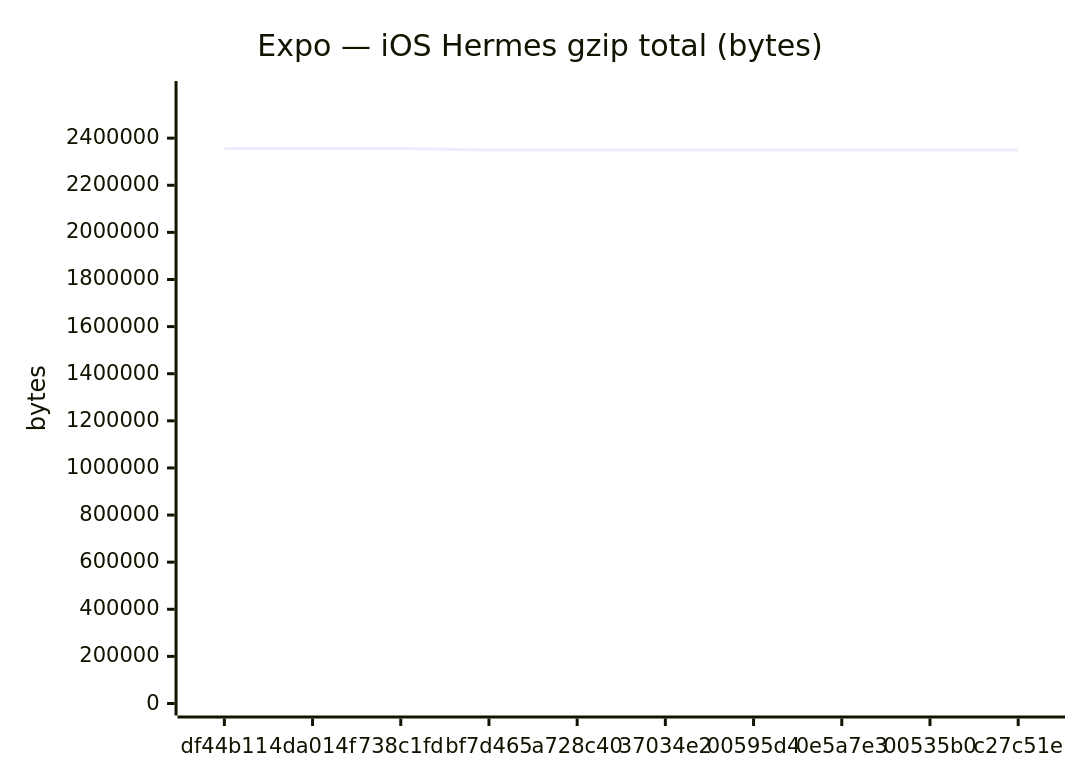
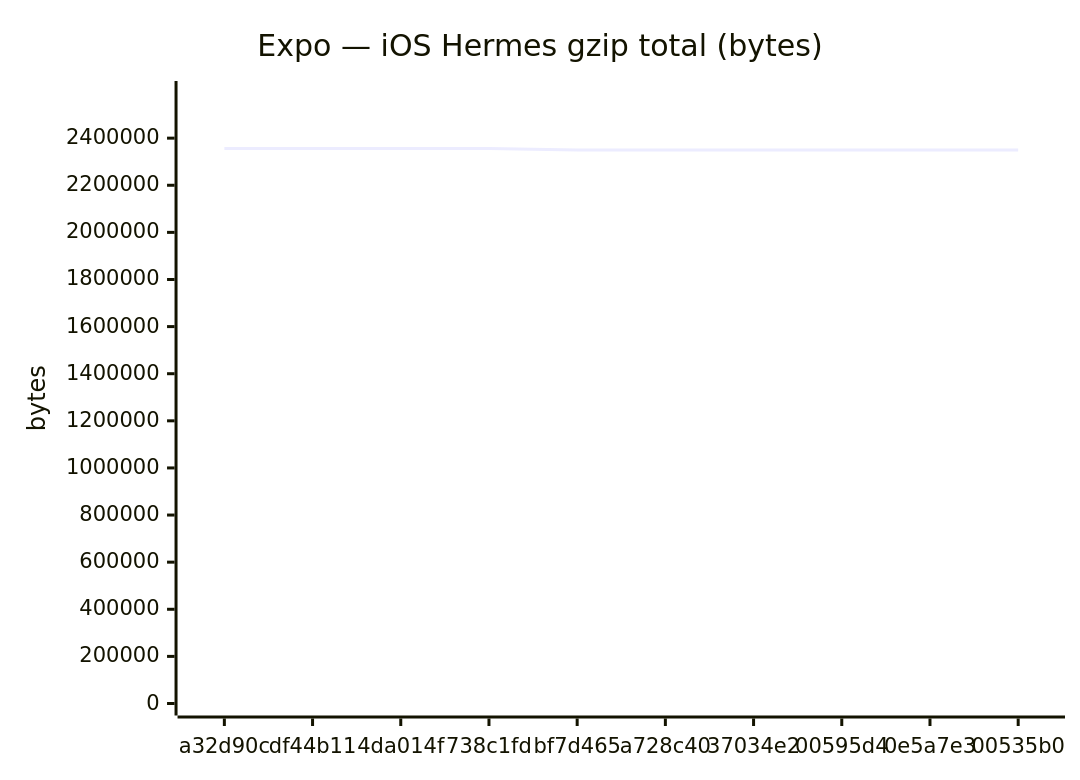
Before and after one commit to Metaheurist/Rianell: the eighth of 24 diagrams in benchmarks/compare.md, drawn with Mermaid. The commit also changed other lines of this file and 12 other files, not shown here.

````diff
--- a/benchmarks/compare.md
+++ b/benchmarks/compare.md
@@ -123,7 +123,7 @@
 ```mermaid
 xychart-beta
     title "Expo — iOS Hermes gzip total (bytes)"
-    x-axis ["df44b11", "4da014f", "738c1fd", "bf7d465", "a728c40", "37034e2", "00595d4", "0e5a7e3", "00535b0", "c27c51e"]
+    x-axis ["a32d90c", "df44b11", "4da014f", "738c1fd", "bf7d465", "a728c40", "37034e2", "00595d4", "0e5a7e3", "00535b0"]
     y-axis "bytes" 0 --> 2591666
-    line [2356058, 2356060, 2356059, 2350178, 2350175, 2350043, 2350046, 2350041, 2349868, 2349864]
+    line [2356058, 2356058, 2356060, 2356059, 2350178, 2350175, 2350043, 2350046, 2350041, 2349868]
 ```
````
